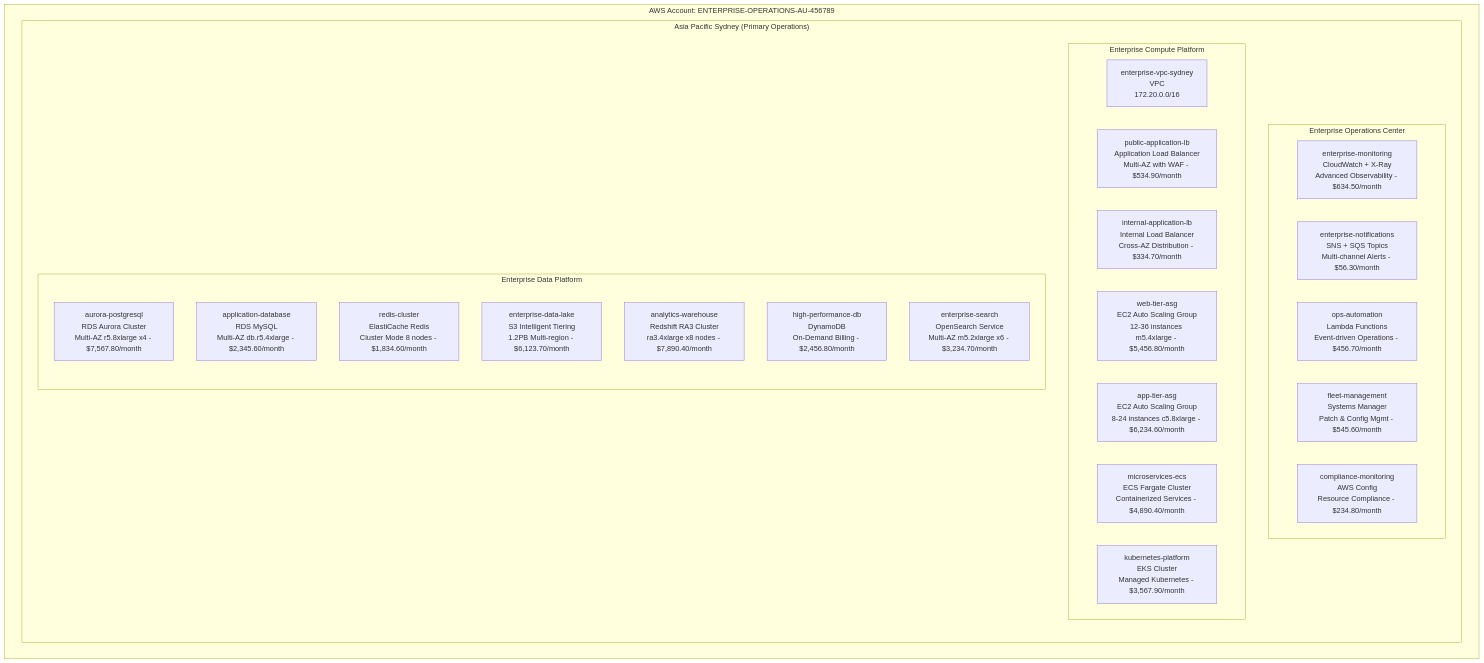
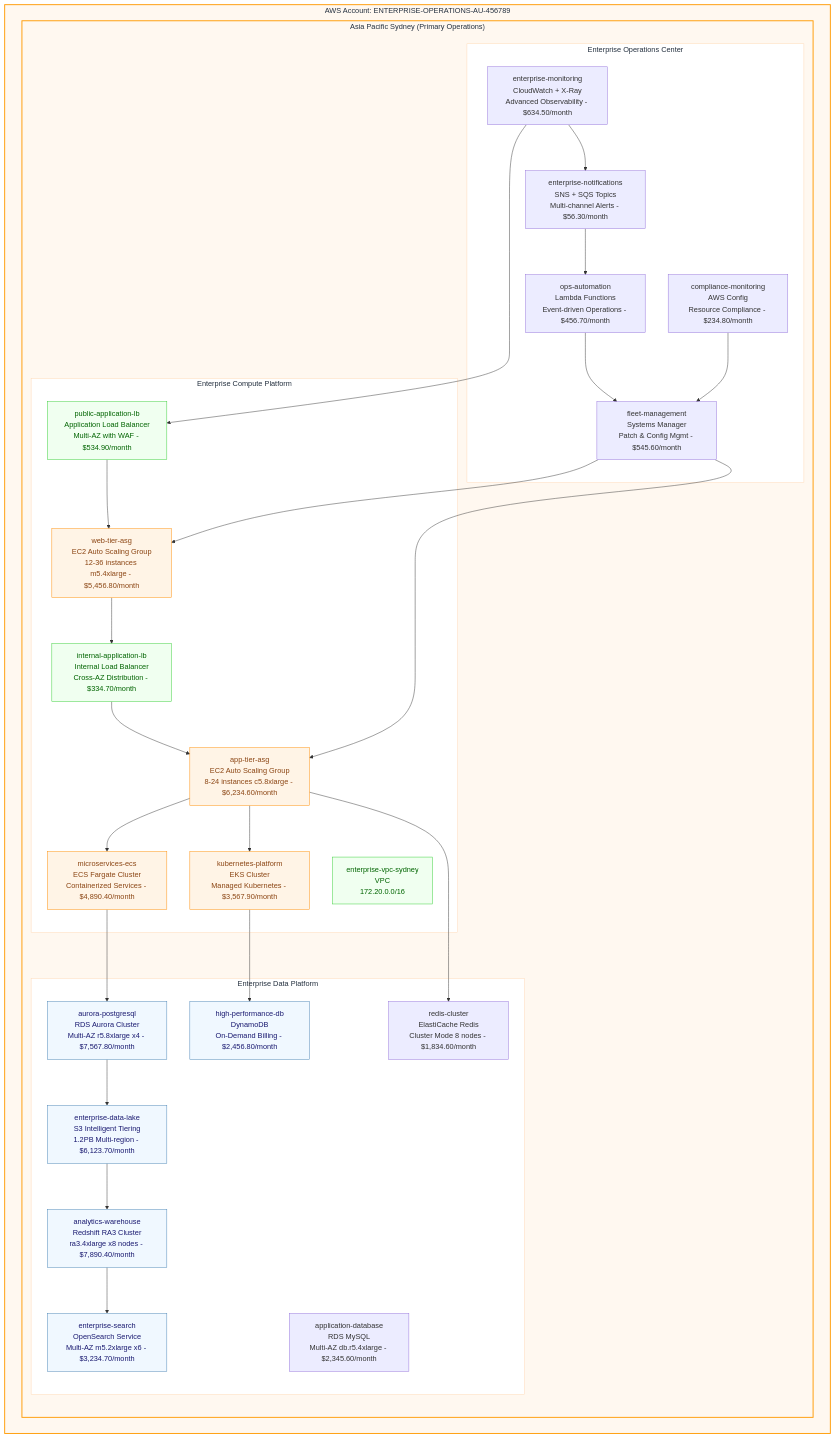
Before and after one commit to navidrast/cloudviz: the second of 3 diagrams in README.md, drawn with Mermaid. The commit also changed other lines of this file, not shown here.

First line of the commit message:
style:  Beautiful minimal portal-style colors for all cloud diagrams

````diff
--- a/README.md
+++ b/README.md
@@ -138,36 +153,72 @@
 ```mermaid
 %% CloudViz Auto-Generated Infrastructure Diagram
 %% Scan Date: 2025-09-20 | Account: ENTERPRISE-OPERATIONS-AU-456789 | Resources: 45 | Monthly Cost: $32,750.90
 flowchart TD
-    subgraph aws[" AWS Account: ENTERPRISE-OPERATIONS-AU-456789"]
-        subgraph ap_southeast_2[" Asia Pacific Sydney (Primary Operations)"]
-            subgraph ops_rg[" Enterprise Operations Center"]
-                cloudwatch[" enterprise-monitoring<br/>CloudWatch + X-Ray<br/>Advanced Observability - $634.50/month"]
-                sns_alerts[" enterprise-notifications<br/>SNS + SQS Topics<br/>Multi-channel Alerts - $56.30/month"]
-                lambda_automation[" ops-automation<br/>Lambda Functions<br/>Event-driven Operations - $456.70/month"]
-                systems_manager[" fleet-management<br/>Systems Manager<br/>Patch & Config Mgmt - $545.60/month"]
-                config[" compliance-monitoring<br/>AWS Config<br/>Resource Compliance - $234.80/month"]
+    subgraph aws["AWS Account: ENTERPRISE-OPERATIONS-AU-456789"]
+        subgraph ap_southeast_2["Asia Pacific Sydney (Primary Operations)"]
+            subgraph ops_rg["Enterprise Operations Center"]
+                cloudwatch["enterprise-monitoring<br/>CloudWatch + X-Ray<br/>Advanced Observability - $634.50/month"]
+                sns_alerts["enterprise-notifications<br/>SNS + SQS Topics<br/>Multi-channel Alerts - $56.30/month"]
+                lambda_automation["ops-automation<br/>Lambda Functions<br/>Event-driven Operations - $456.70/month"]
+                systems_manager["fleet-management<br/>Systems Manager<br/>Patch & Config Mgmt - $545.60/month"]
+                config["compliance-monitoring<br/>AWS Config<br/>Resource Compliance - $234.80/month"]
             end
             
-            subgraph compute_rg[" Enterprise Compute Platform"]
-                vpc_primary[" enterprise-vpc-sydney<br/>VPC<br/>172.20.0.0/16"]
-                alb_external[" public-application-lb<br/>Application Load Balancer<br/>Multi-AZ with WAF - $534.90/month"]
-                alb_internal[" internal-application-lb<br/>Internal Load Balancer<br/>Cross-AZ Distribution - $334.70/month"]
-                ec2_web[" web-tier-asg<br/>EC2 Auto Scaling Group<br/>12-36 instances m5.4xlarge - $5,456.80/month"]
-                ec2_app[" app-tier-asg<br/>EC2 Auto Scaling Group<br/>8-24 instances c5.8xlarge - $6,234.60/month"]
-                ecs_cluster[" microservices-ecs<br/>ECS Fargate Cluster<br/>Containerized Services - $4,890.40/month"]
-                eks_cluster[" kubernetes-platform<br/>EKS Cluster<br/>Managed Kubernetes - $3,567.90/month"]
+            subgraph compute_rg["Enterprise Compute Platform"]
+                vpc_primary["enterprise-vpc-sydney<br/>VPC<br/>172.20.0.0/16"]
+                alb_external["public-application-lb<br/>Application Load Balancer<br/>Multi-AZ with WAF - $534.90/month"]
+                alb_internal["internal-application-lb<br/>Internal Load Balancer<br/>Cross-AZ Distribution - $334.70/month"]
+                ec2_web["web-tier-asg<br/>EC2 Auto Scaling Group<br/>12-36 instances m5.4xlarge - $5,456.80/month"]
+                ec2_app["app-tier-asg<br/>EC2 Auto Scaling Group<br/>8-24 instances c5.8xlarge - $6,234.60/month"]
+                ecs_cluster["microservices-ecs<br/>ECS Fargate Cluster<br/>Containerized Services - $4,890.40/month"]
+                eks_cluster["kubernetes-platform<br/>EKS Cluster<br/>Managed Kubernetes - $3,567.90/month"]
             end
             
-            subgraph data_rg[" Enterprise Data Platform"]
-                rds_cluster[" aurora-postgresql<br/>RDS Aurora Cluster<br/>Multi-AZ r5.8xlarge x4 - $7,567.80/month"]
-                rds_mysql[" application-database<br/>RDS MySQL<br/>Multi-AZ db.r5.4xlarge - $2,345.60/month"]
-                elasticache[" redis-cluster<br/>ElastiCache Redis<br/>Cluster Mode 8 nodes - $1,834.60/month"]
-                s3_primary[" enterprise-data-lake<br/>S3 Intelligent Tiering<br/>1.2PB Multi-region - $6,123.70/month"]
-                redshift[" analytics-warehouse<br/>Redshift RA3 Cluster<br/>ra3.4xlarge x8 nodes - $7,890.40/month"]
-                dynamodb[" high-performance-db<br/>DynamoDB<br/>On-Demand Billing - $2,456.80/month"]
-                opensearch[" enterprise-search<br/>OpenSearch Service<br/>Multi-AZ m5.2xlarge x6 - $3,234.70/month"]
+            subgraph data_rg["Enterprise Data Platform"]
+                rds_cluster["aurora-postgresql<br/>RDS Aurora Cluster<br/>Multi-AZ r5.8xlarge x4 - $7,567.80/month"]
+                rds_mysql["application-database<br/>RDS MySQL<br/>Multi-AZ db.r5.4xlarge - $2,345.60/month"]
+                elasticache["redis-cluster<br/>ElastiCache Redis<br/>Cluster Mode 8 nodes - $1,834.60/month"]
+                s3_primary["enterprise-data-lake<br/>S3 Intelligent Tiering<br/>1.2PB Multi-region - $6,123.70/month"]
+                redshift["analytics-warehouse<br/>Redshift RA3 Cluster<br/>ra3.4xlarge x8 nodes - $7,890.40/month"]
+                dynamodb["high-performance-db<br/>DynamoDB<br/>On-Demand Billing - $2,456.80/month"]
+                opensearch["enterprise-search<br/>OpenSearch Service<br/>Multi-AZ m5.2xlarge x6 - $3,234.70/month"]
             end
         end
     end
+
+    %% AWS Clean Orange Theme - Professional & Minimal
+    classDef awsMain fill:#fff8f0,stroke:#ff9900,stroke-width:2px,color:#232f3e
+    classDef awsGroup fill:#ffffff,stroke:#ffd7b3,stroke-width:1px,color:#232f3e
+    classDef awsCompute fill:#fff4e6,stroke:#ff8c00,stroke-width:1px,color:#8b4513
+    classDef awsData fill:#f0f8ff,stroke:#4682b4,stroke-width:1px,color:#191970
+    classDef awsNetwork fill:#f0fff0,stroke:#32cd32,stroke-width:1px,color:#006400
+
+    %% Multi-Region Data Flow
+    cloudwatch --> alb_external
+    alb_external --> ec2_web
+    ec2_web --> alb_internal
+    alb_internal --> ec2_app
+    ec2_app --> ecs_cluster
+    ec2_app --> eks_cluster
+    ecs_cluster --> rds_cluster
+    eks_cluster --> dynamodb
+    ec2_app --> elasticache
+    rds_cluster --> s3_primary
+    s3_primary --> redshift
+    redshift --> opensearch
+    
+    %% Operations & Monitoring
+    lambda_automation --> systems_manager
+    systems_manager --> ec2_web
+    systems_manager --> ec2_app
+    cloudwatch --> sns_alerts
+    sns_alerts --> lambda_automation
+    config --> systems_manager
+
+    %% Apply AWS Styling
+    class aws,ap_southeast_2 awsMain
+    class ops_rg,compute_rg,data_rg awsGroup
+    class ec2_web,ec2_app,ecs_cluster,eks_cluster awsCompute
+    class rds_cluster,s3_primary,redshift,dynamodb,opensearch awsData
+    class vpc_primary,alb_external,alb_internal awsNetwork
 ```
````
